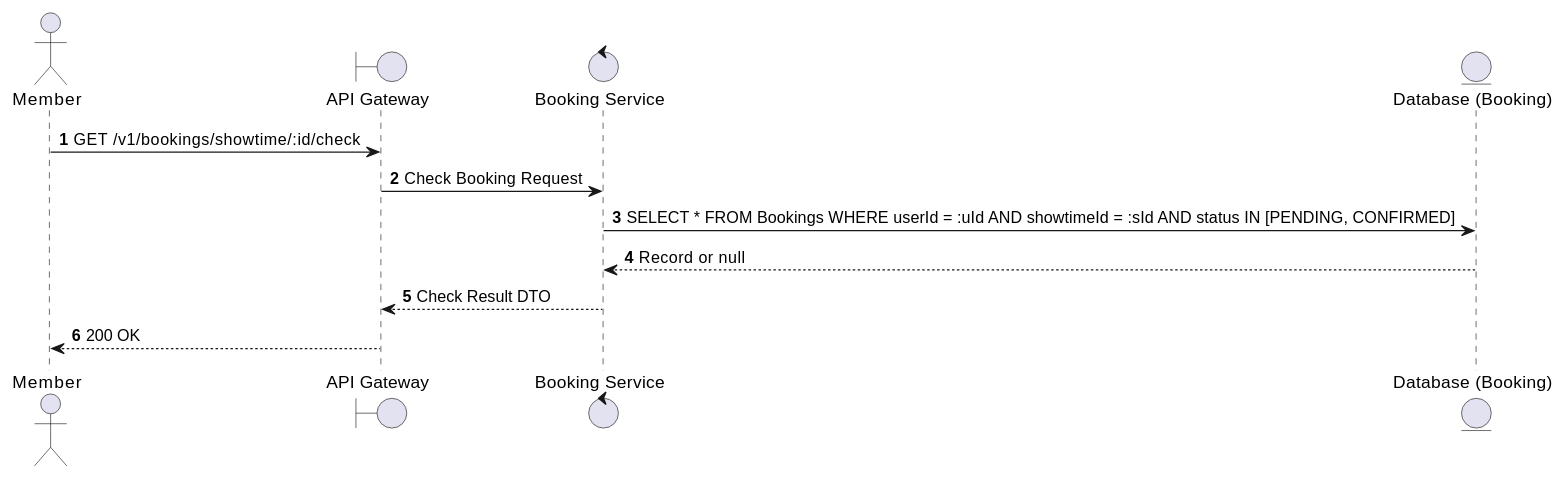
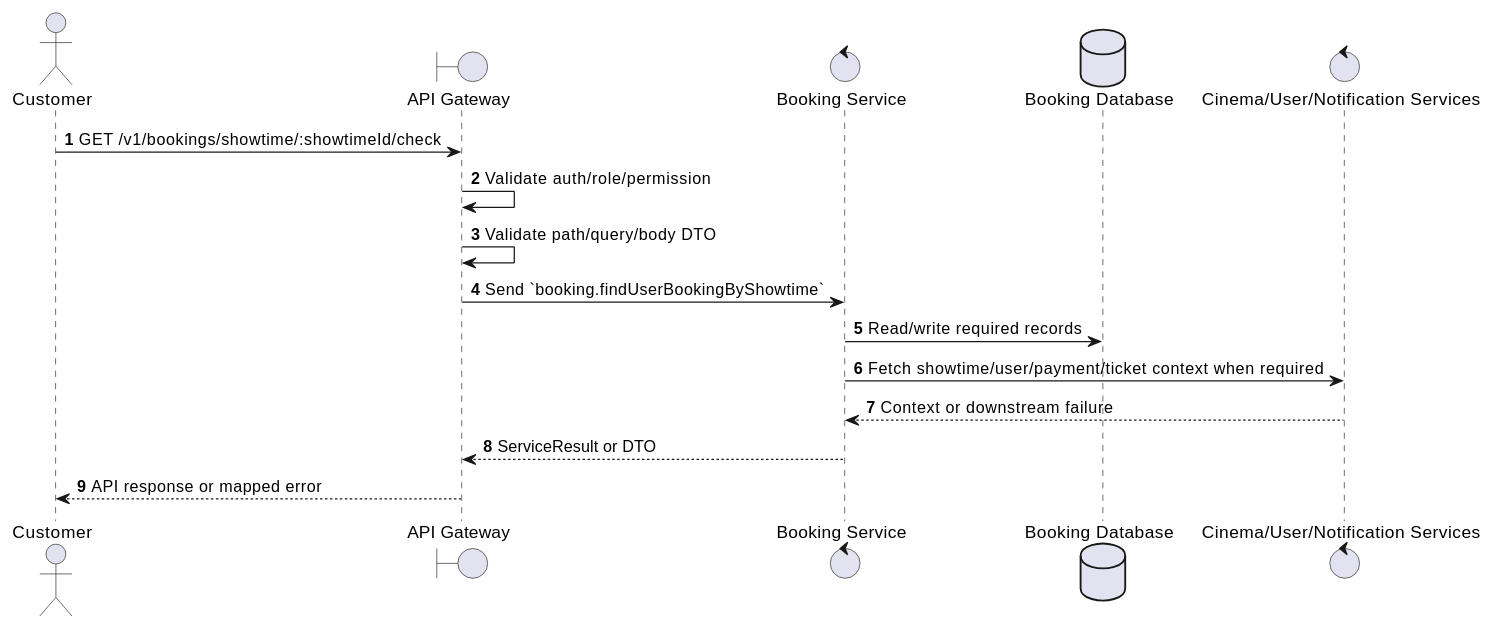
The first of 2 diagrams in docs/functional_specs/3.5.1_User_Booking_Operations/BK-10_Check_User_Booking_at_Showtime.md (Tanh1603/movie-hub-architecture), drawn with PlantUML before and after one commit. The commit also changed other lines of this file and 126 other files, not shown here.

````diff
--- a/docs/functional_specs/3.5.1_User_Booking_Operations/BK-10_Check_User_Booking_at_Showtime.md
+++ b/docs/functional_specs/3.5.1_User_Booking_Operations/BK-10_Check_User_Booking_at_Showtime.md
@@ -17,16 +17,20 @@
 ```plantuml
 @startuml
 autonumber
-actor Member
+actor "Customer" as Actor
 boundary "API Gateway" as GW
-control "Booking Service" as BS
-entity "Database (Booking)" as DB
+control "Booking Service" as SVC
+database "Booking Database" as DB
+control "Cinema/User/Notification Services" as EXT
 
-Member -> GW: GET /v1/bookings/showtime/:id/check
-GW -> BS: Check Booking Request
-BS -> DB: SELECT * FROM Bookings WHERE userId = :uId AND showtimeId = :sId AND status IN [PENDING, CONFIRMED]
-DB --> BS: Record or null
-BS --> GW: Check Result DTO
-GW --> Member: 200 OK
+Actor -> GW: GET /v1/bookings/showtime/:showtimeId/check
+GW -> GW: Validate auth/role/permission
+GW -> GW: Validate path/query/body DTO
+GW -> SVC: Send `booking.findUserBookingByShowtime`
+SVC -> DB: Read/write required records
+SVC -> EXT: Fetch showtime/user/payment/ticket context when required
+EXT --> SVC: Context or downstream failure
+SVC --> GW: ServiceResult or DTO
+GW --> Actor: API response or mapped error
 @enduml
 ```
````
